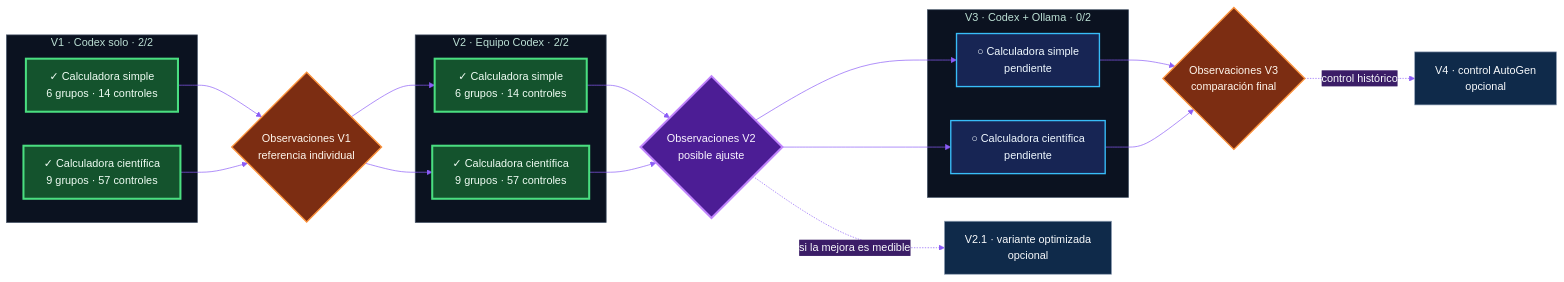
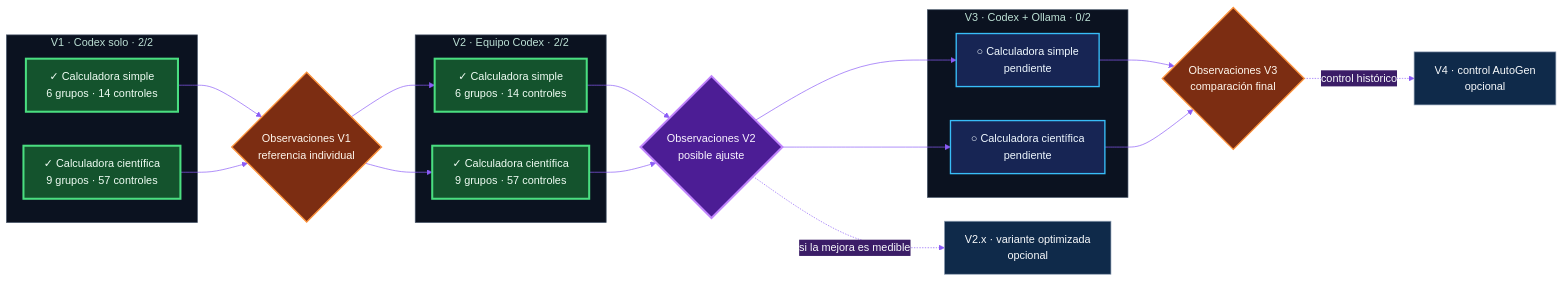
The diagram in README.es.md (ERICRAC/AgentBench-2026), drawn with Mermaid before and after one commit. The commit also changed other lines of this file and 15 other files, not shown here.

````diff
--- a/README.es.md
+++ b/README.es.md
@@ -48,44 +50,44 @@
 ```mermaid
 %%{init: {"theme": "base", "themeVariables": {
   "primaryColor": "#0f2a4a", "primaryTextColor": "#f8fafc",
   "primaryBorderColor": "#22d3ee", "secondaryColor": "#3b1d67",
   "tertiaryColor": "#431f2b", "fontFamily": "system-ui",
   "lineColor": "#8b5cf6", "clusterBkg": "#0b1220",
   "clusterBorder": "#475569"
 }}}%%
 flowchart LR
     subgraph V1["V1 · Codex solo · 2/2"]
       V1C["✓ Calculadora simple<br/>6 grupos · 14 controles"]
       V1S["✓ Calculadora científica<br/>9 grupos · 57 controles"]
     end
     G1{"Observaciones V1<br/>referencia individual"}
     subgraph V2["V2 · Equipo Codex · 2/2"]
       V2C["✓ Calculadora simple<br/>6 grupos · 14 controles"]
       V2S["✓ Calculadora científica<br/>9 grupos · 57 controles"]
     end
     G2{"Observaciones V2<br/>posible ajuste"}
-    V21["V2.1 · variante optimizada<br/>opcional"]
+    V21["V2.x · variante optimizada<br/>opcional"]
     subgraph V3["V3 · Codex + Ollama · 0/2"]
       V3C["○ Calculadora simple<br/>pendiente"]
       V3S["○ Calculadora científica<br/>pendiente"]
     end
     G3{"Observaciones V3<br/>comparación final"}
     V4["V4 · control AutoGen<br/>opcional"]
     V1C & V1S --> G1
     G1 --> V2C & V2S
     V2C & V2S --> G2
     G2 -. "si la mejora es medible" .-> V21
     G2 --> V3C & V3S
     V3C & V3S --> G3
     G3 -. "control histórico" .-> V4
     classDef done fill:#14532d,stroke:#4ade80,color:#f0fdf4,stroke-width:3px;
     classDef next fill:#4c1d95,stroke:#c084fc,color:#faf5ff,stroke-width:3px;
     classDef todo fill:#172554,stroke:#38bdf8,color:#f0f9ff,stroke-width:2px;
     classDef gate fill:#7c2d12,stroke:#fb923c,color:#fff7ed,stroke-width:2px;
     classDef optional fill:#0f2a4a,stroke:#94a3b8,color:#f8fafc;
     class V1C,V1S,V2C,V2S done;
     class V3C,V3S todo;
     class G1,G3 gate;
     class G2 next;
     class V21,V4 optional;
 ```
````
